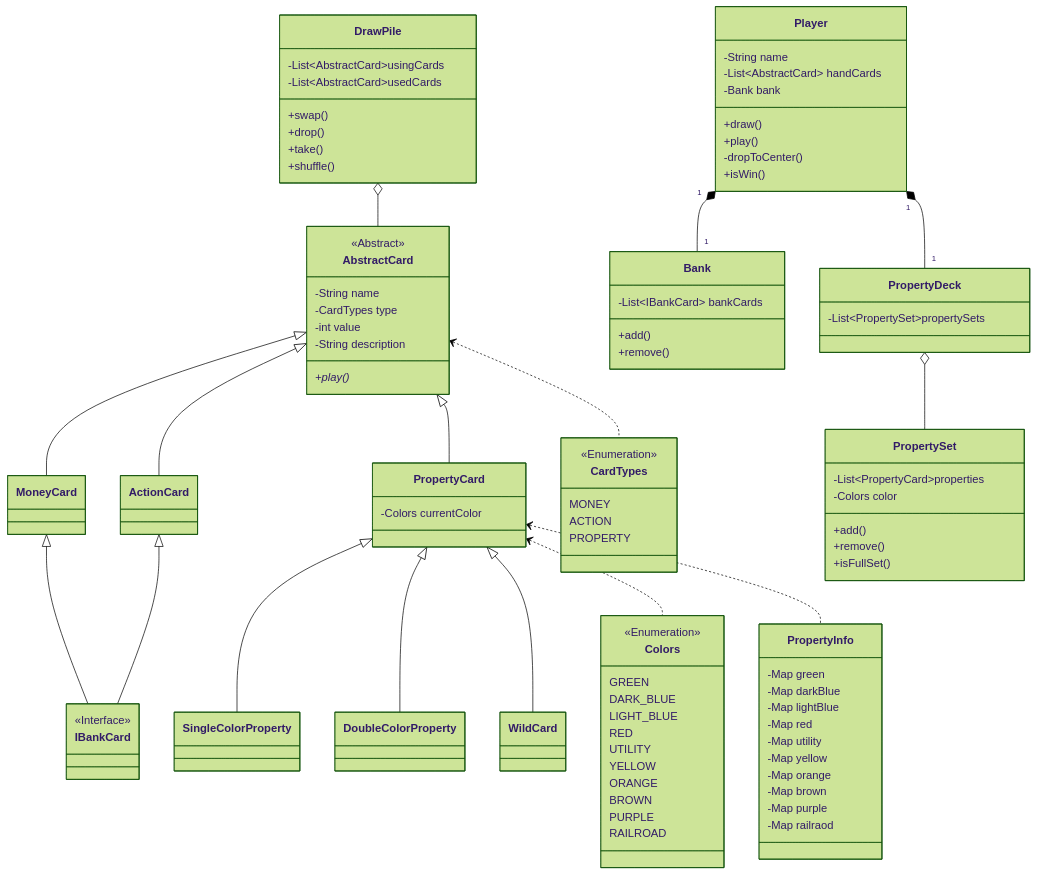
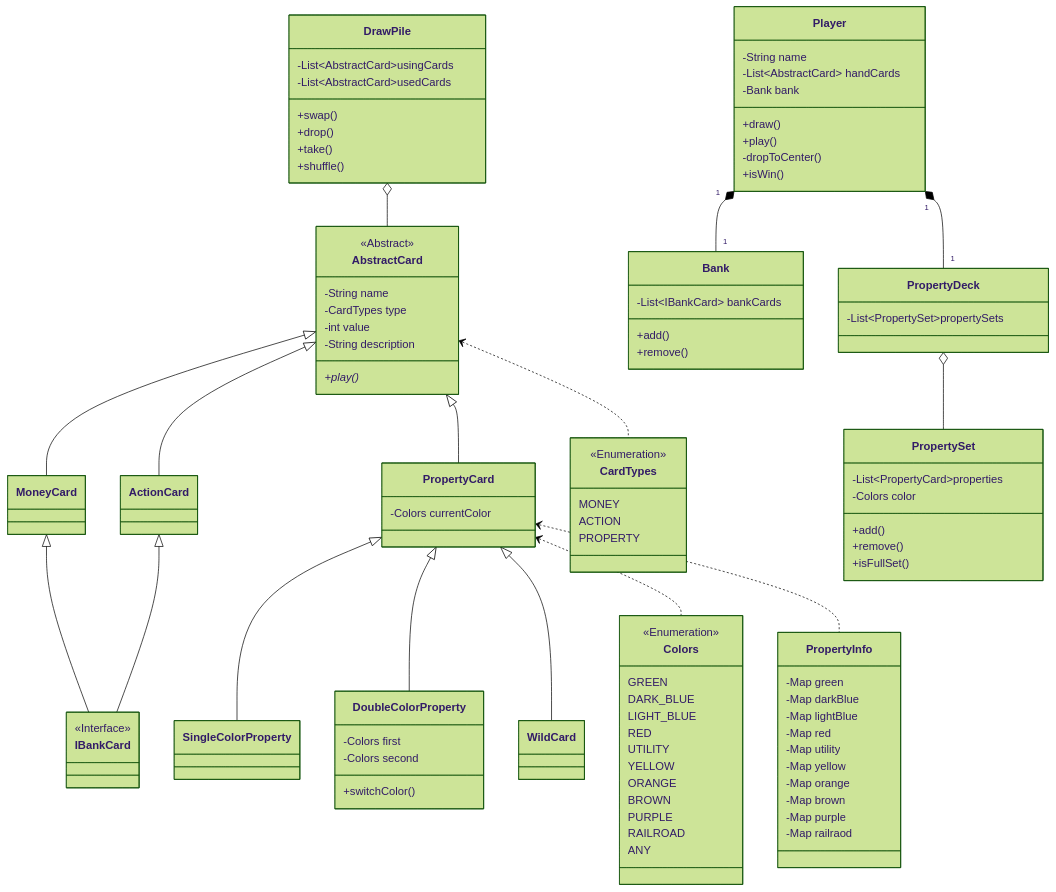
Before and after one commit to KelvinQiu802/comp2004: the second of 2 diagrams in README.md, drawn with Mermaid (forest theme).

Commit message:
docs: update property class

```diff
--- a/README.md
+++ b/README.md
@@ -102,7 +102,11 @@
 	
 	class SingleColorProperty
 	
-	class DoubleColorProperty
+	class DoubleColorProperty{
+		-Colors first
+		-Colors second
+		+switchColor()
+	}
 	
 	class WildCard
 	
@@ -118,6 +122,7 @@
 		BROWN
 		PURPLE
 		RAILROAD
+		ANY
 	}
 	
 	class IBankCard{
```
